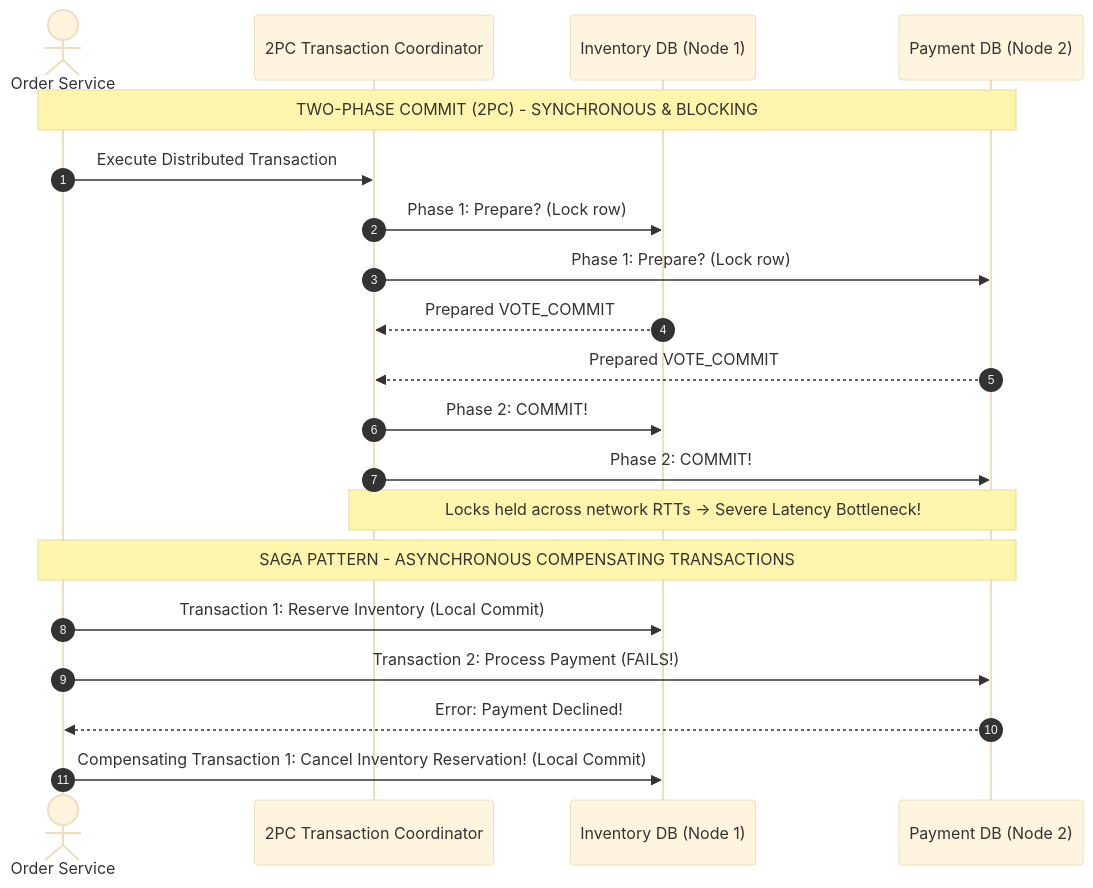
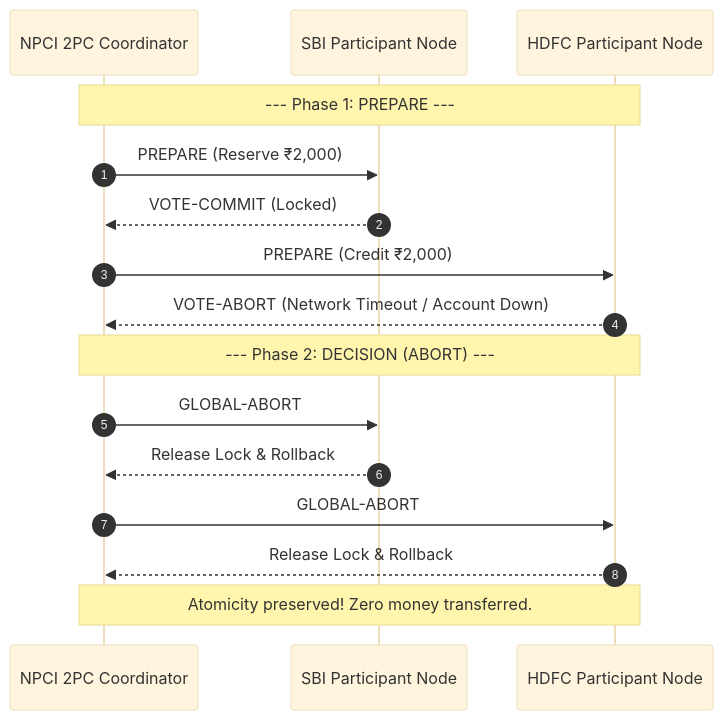
Before and after one commit to Amie-dev/engineering-playbook: the second of 2 diagrams in system-design-notes/13-transactions-and-consistency.md, drawn with Mermaid (base theme). The commit also changed other lines of this file and 33 other files, not shown here.

````diff
--- a/system-design-notes/13-transactions-and-consistency.md
+++ b/system-design-notes/13-transactions-and-consistency.md
@@ -37,24 +41,20 @@
 ```mermaid
 sequenceDiagram
     autonumber
-    actor Client as Order Service
-    participant 2PC as 2PC Transaction Coordinator
-    participant DB1 as Inventory DB (Node 1)
-    participant DB2 as Payment DB (Node 2)
+    participant Coord as NPCI 2PC Coordinator
+    participant SBI as SBI Participant Node
+    participant HDFC as HDFC Participant Node
 
-    note over Client,DB2: TWO-PHASE COMMIT (2PC) - SYNCHRONOUS & BLOCKING
-    Client->>2PC: Execute Distributed Transaction
-    2PC->>DB1: Phase 1: Prepare? (Lock row)
-    2PC->>DB2: Phase 1: Prepare? (Lock row)
-    DB1-->>2PC: Prepared VOTE_COMMIT
-    DB2-->>2PC: Prepared VOTE_COMMIT
-    2PC->>DB1: Phase 2: COMMIT!
-    2PC->>DB2: Phase 2: COMMIT!
-    note over 2PC,DB2: Locks held across network RTTs -> Severe Latency Bottleneck!
-
-    note over Client,DB2: SAGA PATTERN - ASYNCHRONOUS COMPENSATING TRANSACTIONS
-    Client->>DB1: Transaction 1: Reserve Inventory (Local Commit)
-    Client->>DB2: Transaction 2: Process Payment (FAILS!)
-    DB2-->>Client: Error: Payment Declined!
-    Client->>DB1: Compensating Transaction 1: Cancel Inventory Reservation! (Local Commit)
+    Note over Coord,HDFC: --- Phase 1: PREPARE ---
+    Coord->>SBI: PREPARE (Reserve ₹2,000)
+    SBI-->>Coord: VOTE-COMMIT (Locked)
+    Coord->>HDFC: PREPARE (Credit ₹2,000)
+    HDFC-->>Coord: VOTE-ABORT (Network Timeout / Account Down)
+    
+    Note over Coord,HDFC: --- Phase 2: DECISION (ABORT) ---
+    Coord->>SBI: GLOBAL-ABORT
+    SBI-->>Coord: Release Lock & Rollback
+    Coord->>HDFC: GLOBAL-ABORT
+    HDFC-->>Coord: Release Lock & Rollback
+    Note over Coord,HDFC: Atomicity preserved! Zero money transferred.
 ```
````
